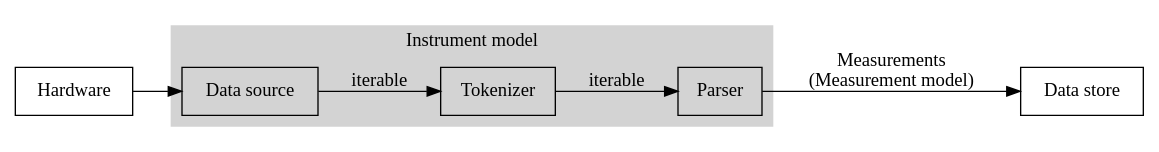
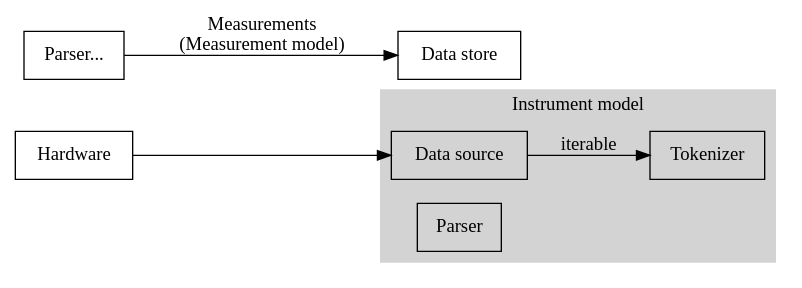
One commit to lewas-lab/lewas changed the diagram in misc/dataflow.gv. Above: the diagram before and after it, drawn with Graphviz.

Commit message:
remove tokenizer from dataflow diagram

```diff
--- a/misc/dataflow.gv
+++ b/misc/dataflow.gv
@@ -1,17 +1,16 @@
 digraph G {
 	node [shape=rect];
 	rankdir="LR";
 	Hardware;
 	subgraph cluster {
 		style=filled;
 		color=lightgrey;
 		"Data source";
 		"Tokenizer";
 		"Parser";
 		label="Instrument model"
 	}
 	Hardware -> "Data source";
 	"Data source" -> "Tokenizer" [label="iterable"];
-	"Tokenizer" -> Parser [label="iterable"];
-	"Parser"-> "Data store" [label="Measurements\n(Measurement model)"];
+	"Parser..."-> "Data store" [label="Measurements\n(Measurement model)"];
 }
```
